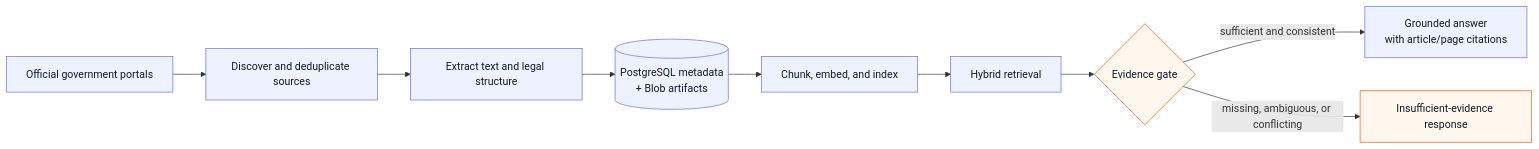
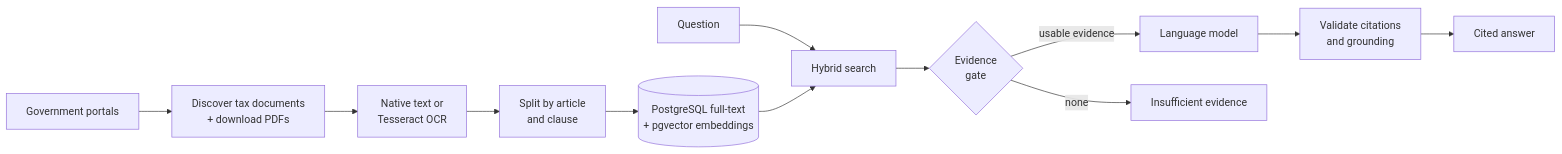
The diagram in README.md (thaitri2005/TaxLens-AI), drawn with Mermaid before and after one commit. The commit also changed other lines of this file, not shown here.

First line of the commit message:
Rewrite README around what TaxLens does and how to run and deploy it

````diff
--- a/README.md
+++ b/README.md
@@ -44,20 +33,14 @@
 ```mermaid
 flowchart LR
-    Source[Official government portals]
-    Discover[Discover and deduplicate sources]
-    Process[Extract text and legal structure]
-    Store[(PostgreSQL metadata<br/>+ Blob artifacts)]
-    Index[Chunk, embed, and index]
-    Search[Hybrid retrieval]
-    Evidence{Evidence gate}
-    Answer[Grounded answer<br/>with article/page citations]
-
-    Source --> Discover --> Process --> Store --> Index --> Search --> Evidence
-    Evidence -->|sufficient and consistent| Answer
-    Evidence -->|missing, ambiguous, or conflicting| Safe[Insufficient-evidence response]
-
-    classDef boundary fill:#eef2ff,stroke:#6366f1,color:#111827;
-    classDef gate fill:#fff7ed,stroke:#ea580c,color:#111827;
-    class Source,Discover,Process,Store,Index,Search,Answer boundary;
-    class Evidence,Safe gate;
+    Portal[Government portals] --> Ingest[Discover tax documents<br/>+ download PDFs]
+    Ingest --> OCR[Native text or<br/>Tesseract OCR]
+    OCR --> Chunk[Split by article<br/>and clause]
+    Chunk --> Index[(PostgreSQL full-text<br/>+ pgvector embeddings)]
+    Question --> Search[Hybrid search]
+    Index --> Search
+    Search --> Gate{Evidence<br/>gate}
+    Gate -->|usable evidence| LLM[Language model]
+    Gate -->|none| Refuse[Insufficient evidence]
+    LLM --> Check[Validate citations<br/>and grounding]
+    Check --> Answer[Cited answer]
 ```
````
